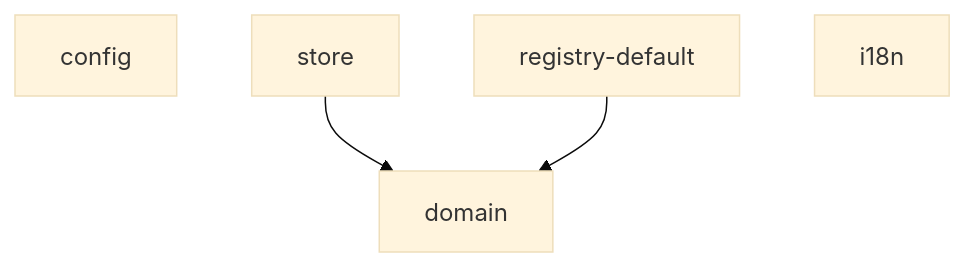
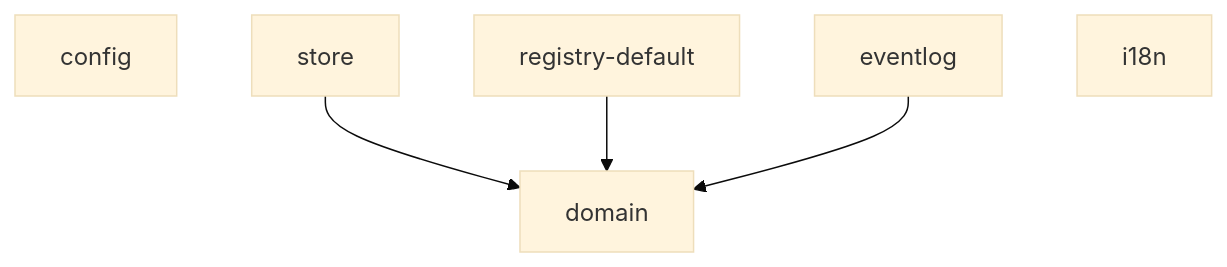
The diagram in docs/dependency-graph.md (thap-nv/the-world-of-elvaria), drawn with Mermaid (base theme) before and after one commit. The commit also changed other lines of this file and 44 other files, not shown here.

````diff
--- a/docs/dependency-graph.md
+++ b/docs/dependency-graph.md
@@ -7,10 +7,12 @@
 ```mermaid
 flowchart TD
   config["config"]
   domain["domain"]
   store["store"]
   registry_default["registry-default"]
+  eventlog["eventlog"]
   i18n["i18n"]
   store --> domain
   registry_default --> domain
+  eventlog --> domain
 ```
````
